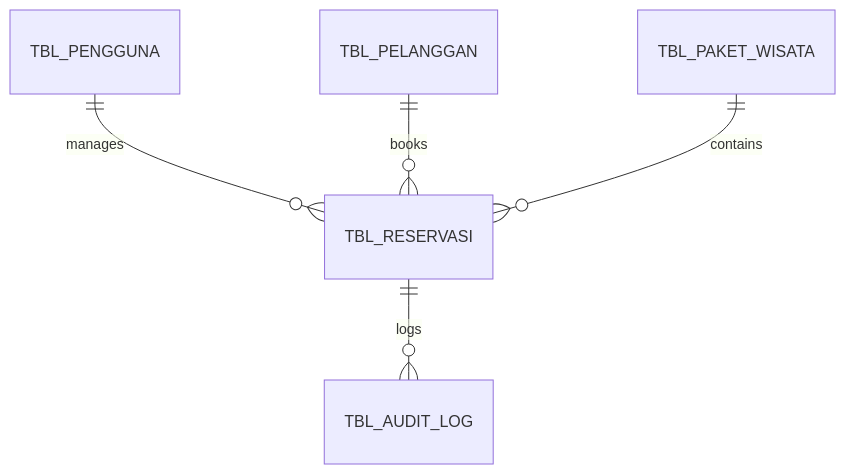
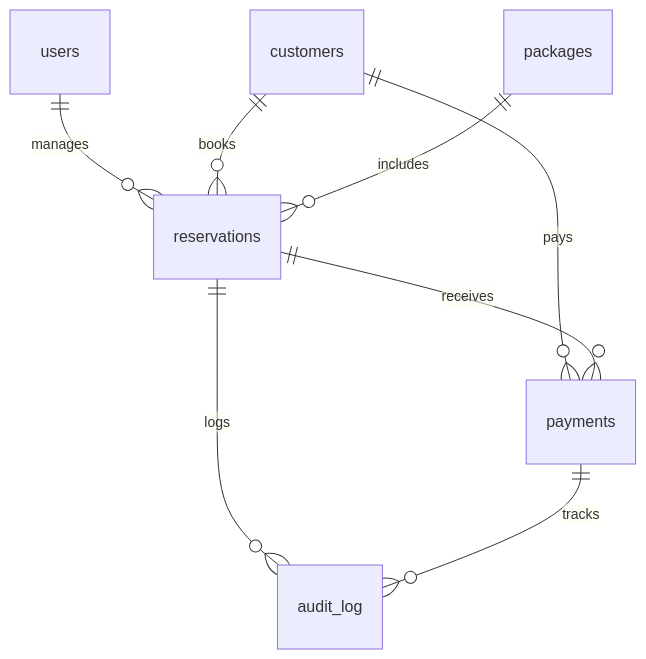
Before and after one commit to DimasVSuper/Implementasi-Keamanan-Basis-Data-Sistem-Reservasi-Paket-Wisata: the diagram in readme.md, drawn with Mermaid. The commit also changed other lines of this file, not shown here.

````diff
--- a/readme.md
+++ b/readme.md
@@ -118,7 +120,10 @@
 ```mermaid
 erDiagram
-    TBL_PENGGUNA ||--o{ TBL_RESERVASI : manages
-    TBL_PELANGGAN ||--o{ TBL_RESERVASI : books
-    TBL_PAKET_WISATA ||--o{ TBL_RESERVASI : contains
-    TBL_RESERVASI ||--o{ TBL_AUDIT_LOG : logs
+    users ||--o{ reservations : manages
+    customers ||--o{ reservations : books
+    customers ||--o{ payments : pays
+    packages ||--o{ reservations : includes
+    reservations ||--o{ payments : receives
+    reservations ||--o{ audit_log : logs
+    payments ||--o{ audit_log : tracks
 ```
````
